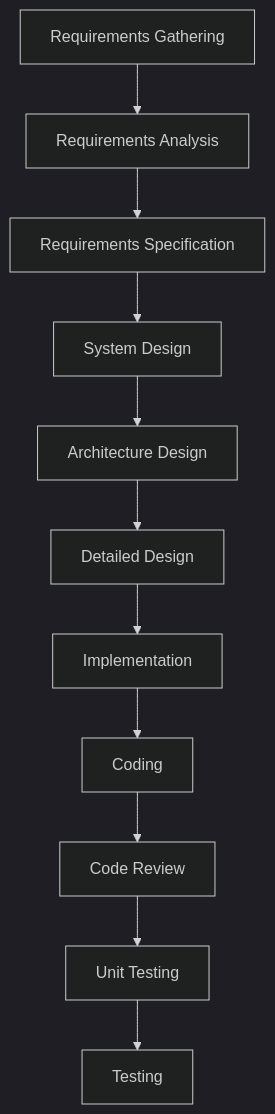
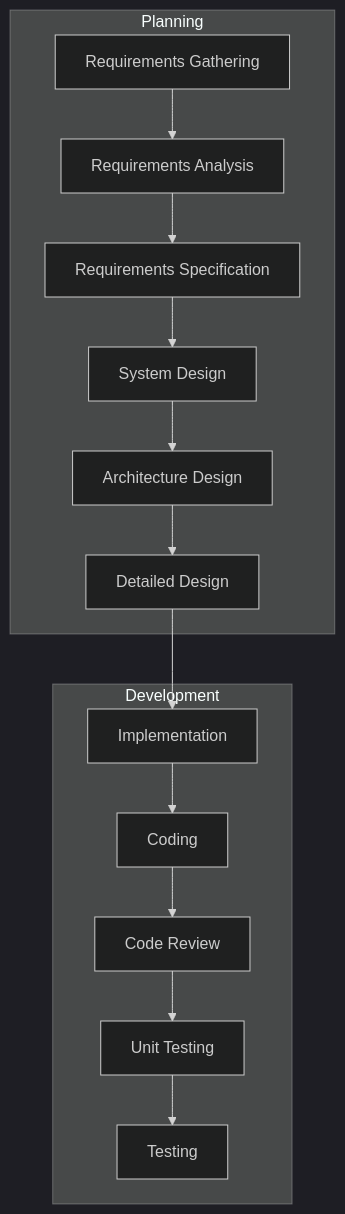
Diagram 11 of 54 in temp-charts/flowchart_sequence/README.md (isauravmanitripathi/Animate-Mermaid-Chart), drawn with Mermaid (dark theme) before and after one commit. The commit also changed other lines of this file and 58 other files, not shown here.

Commit message:
added proper working diagrams

````diff
--- a/temp-charts/flowchart_sequence/README.md
+++ b/temp-charts/flowchart_sequence/README.md
@@ -112,13 +205,30 @@
 ```mermaid
 flowchart TD
-A[Requirements Gathering] --> A1[Requirements Analysis]
-A1 --> A2[Requirements Specification]
-A2 --> B[System Design]
-B --> B1[Architecture Design]
-B1 --> B2[Detailed Design]
-B2 --> C[Implementation]
-C --> C1[Coding]
-C1 --> C2[Code Review]
-C2 --> C3[Unit Testing]
-C3 --> D[Testing]
+    A[Requirements Gathering] --> A1[Requirements Analysis]
+    A1 --> A2[Requirements Specification]
+    A2 --> B[System Design]
+    B --> B1[Architecture Design]
+    B1 --> B2[Detailed Design]
+    B2 --> C[Implementation]
+    C --> C1[Coding]
+    C1 --> C2[Code Review]
+    C2 --> C3[Unit Testing]
+    C3 --> D[Testing]
+
+subgraph Planning
+A
+A1
+A2
+B
+B1
+B2
+end
+
+subgraph Development
+C
+C1
+C2
+C3
+D
+end
 ```
````
